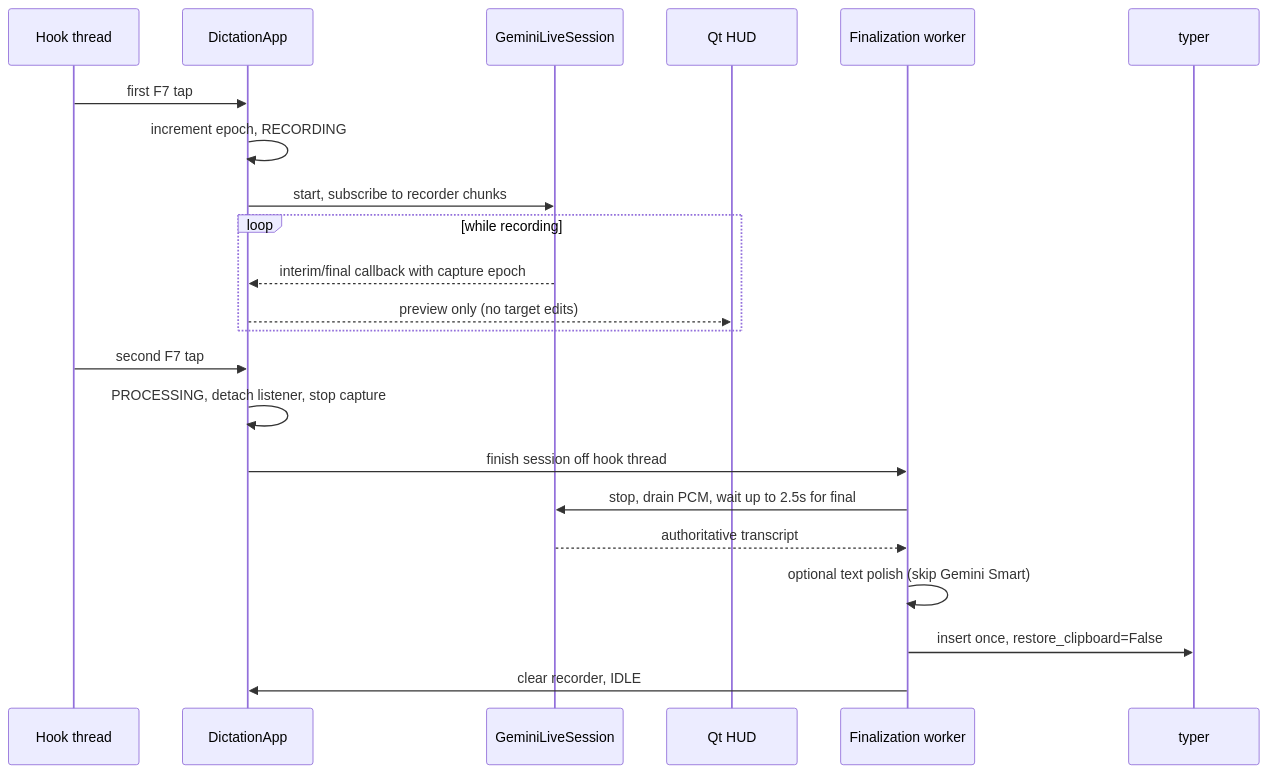
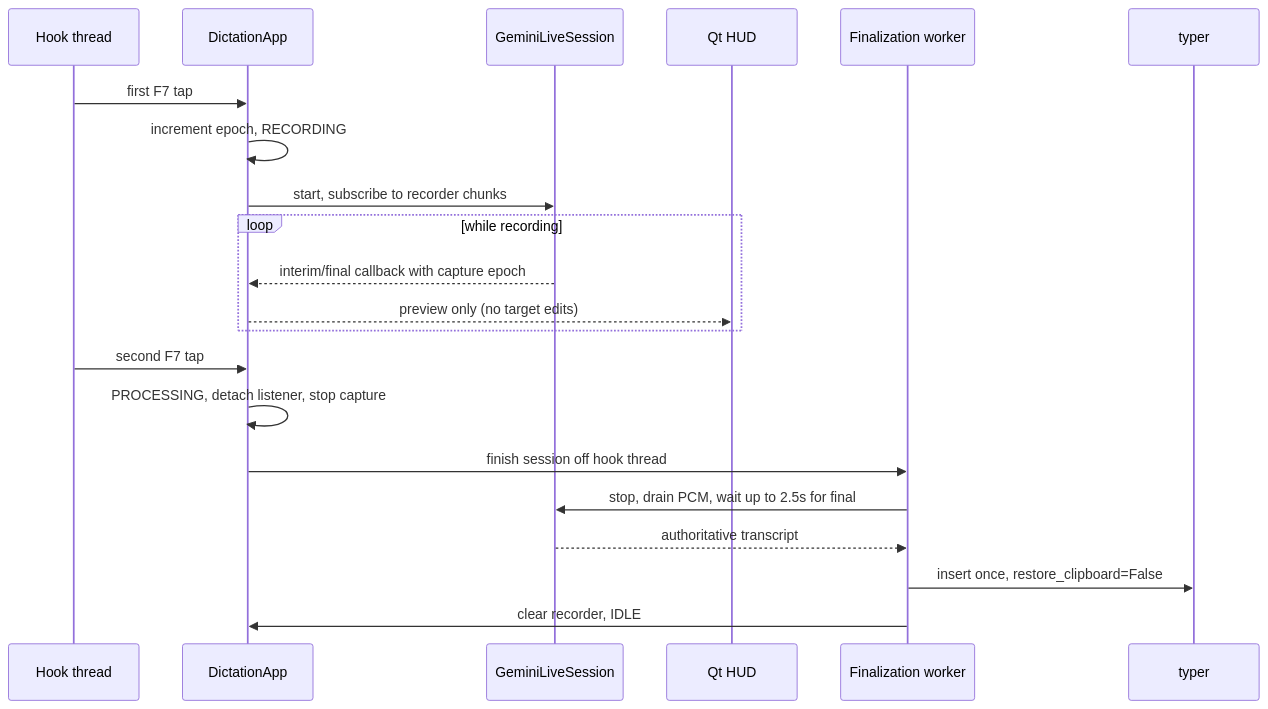
Before and after one commit to Gargeya-Grey/Odicto: the fourth of 7 diagrams in docs/architecture.md, drawn with Mermaid. The commit also changed other lines of this file and 23 other files, not shown here.

````diff
--- a/docs/architecture.md
+++ b/docs/architecture.md
@@ -351,24 +348,23 @@
 ```mermaid
 sequenceDiagram
     participant Hook as Hook thread
     participant App as DictationApp
     participant Sess as GeminiLiveSession
     participant HUD as Qt HUD
     participant Pipe as Finalization worker
     participant Typ as typer
     Hook->>App: first F7 tap
     App->>App: increment epoch, RECORDING
     App->>Sess: start, subscribe to recorder chunks
     loop while recording
         Sess-->>App: interim/final callback with capture epoch
         App-->>HUD: preview only (no target edits)
     end
     Hook->>App: second F7 tap
     App->>App: PROCESSING, detach listener, stop capture
     App->>Pipe: finish session off hook thread
     Pipe->>Sess: stop, drain PCM, wait up to 2.5s for final
     Sess-->>Pipe: authoritative transcript
-    Pipe->>Pipe: optional text polish (skip Gemini Smart)
     Pipe->>Typ: insert once, restore_clipboard=False
     Pipe->>App: clear recorder, IDLE
 ```
````
